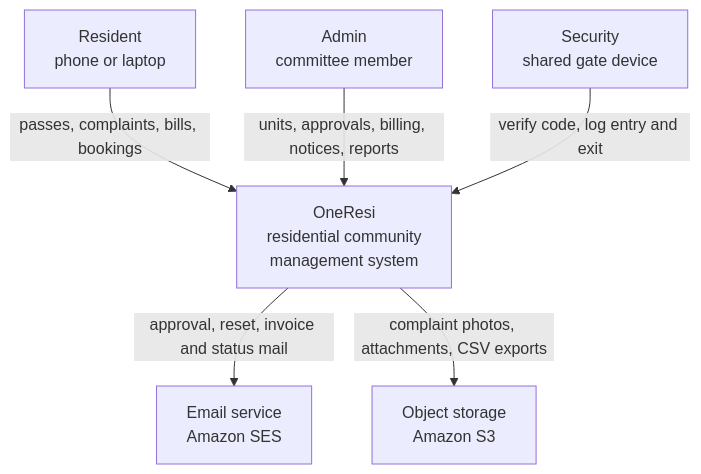
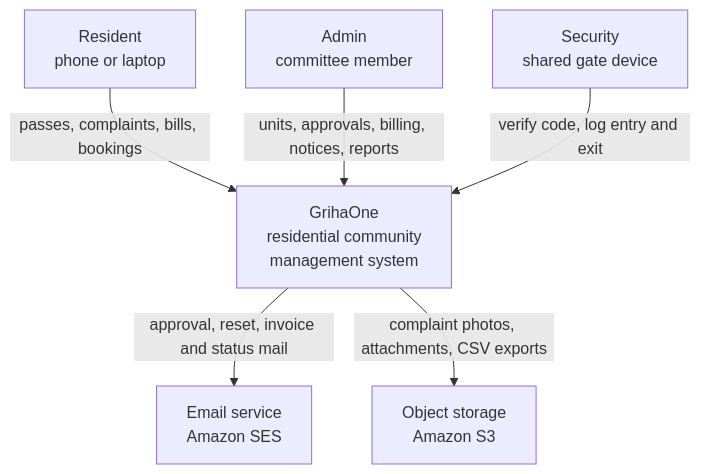
One commit to Saarathi-n/OneResi changed the first of 7 diagrams in docs/architecture.md. Above: the diagram before and after it, drawn with Mermaid. The commit also changed other lines of this file and 275 other files, not shown here.

Commit message:
chore(brand): complete repository rebrand from OneResi to GrihaOne

````diff
--- a/docs/architecture.md
+++ b/docs/architecture.md
@@ -22,18 +22,18 @@
 ```mermaid
 flowchart TB
   RES["Resident<br/>phone or laptop"]
   ADM["Admin<br/>committee member"]
   SEC["Security<br/>shared gate device"]
 
-  SYS["OneResi<br/>residential community<br/>management system"]
+  SYS["GrihaOne<br/>residential community<br/>management system"]
 
   MAIL["Email service<br/>Amazon SES"]
   FILES["Object storage<br/>Amazon S3"]
 
   RES -->|"passes, complaints, bills, bookings"| SYS
   ADM -->|"units, approvals, billing, notices, reports"| SYS
   SEC -->|"verify code, log entry and exit"| SYS
 
   SYS -->|"approval, reset, invoice and status mail"| MAIL
   SYS -->|"complaint photos, attachments, CSV exports"| FILES
 ```
````
